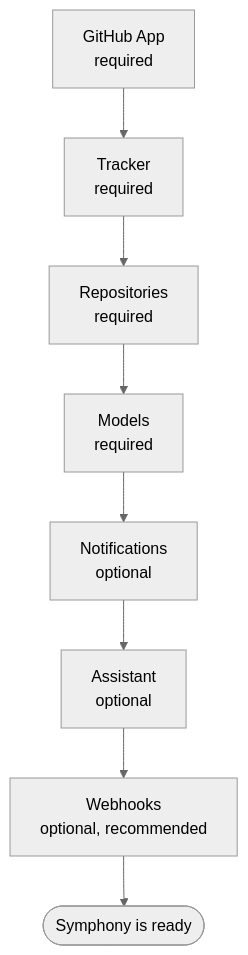
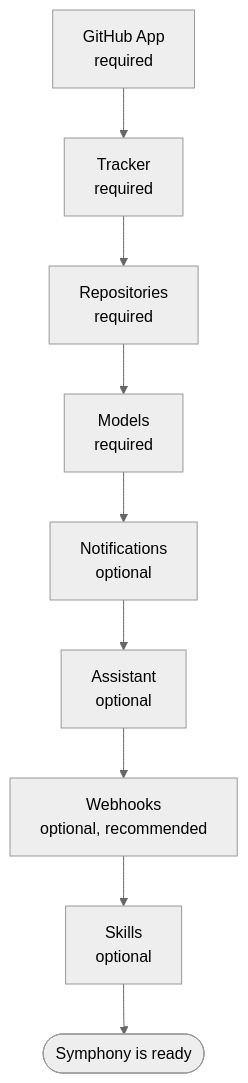
The diagram in docs/install.md (orbi-edu/symphony), drawn with Mermaid (neutral theme) before and after one commit. The commit also changed other lines of this file and 125 other files, not shown here.

````diff
--- a/docs/install.md
+++ b/docs/install.md
@@ -241,10 +241,11 @@
 ```mermaid
 flowchart TD
     A[GitHub App<br/>required] --> B[Tracker<br/>required]
     B --> C[Repositories<br/>required]
     C --> D[Models<br/>required]
     D --> E[Notifications<br/>optional]
     E --> H[Assistant<br/>optional]
     H --> F[Webhooks<br/>optional, recommended]
-    F --> G([Symphony is ready])
+    F --> S[Skills<br/>optional]
+    S --> G([Symphony is ready])
 ```
````
